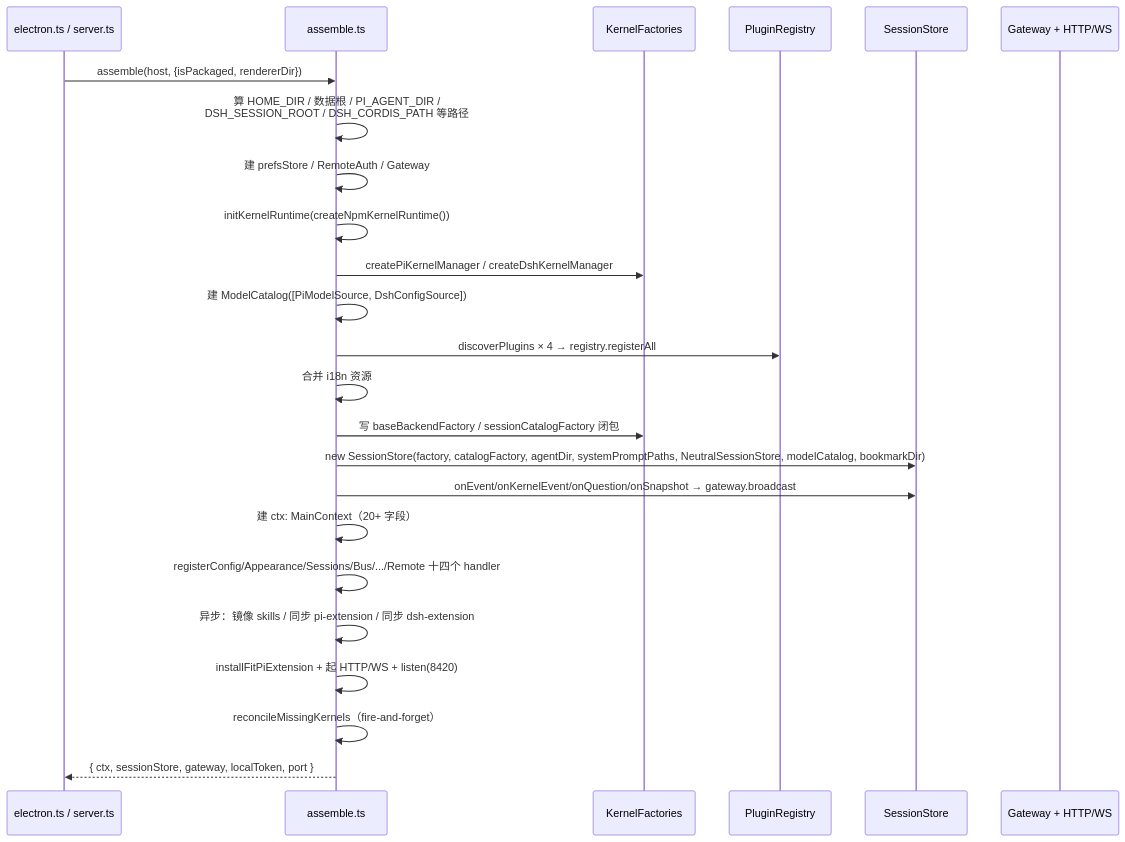
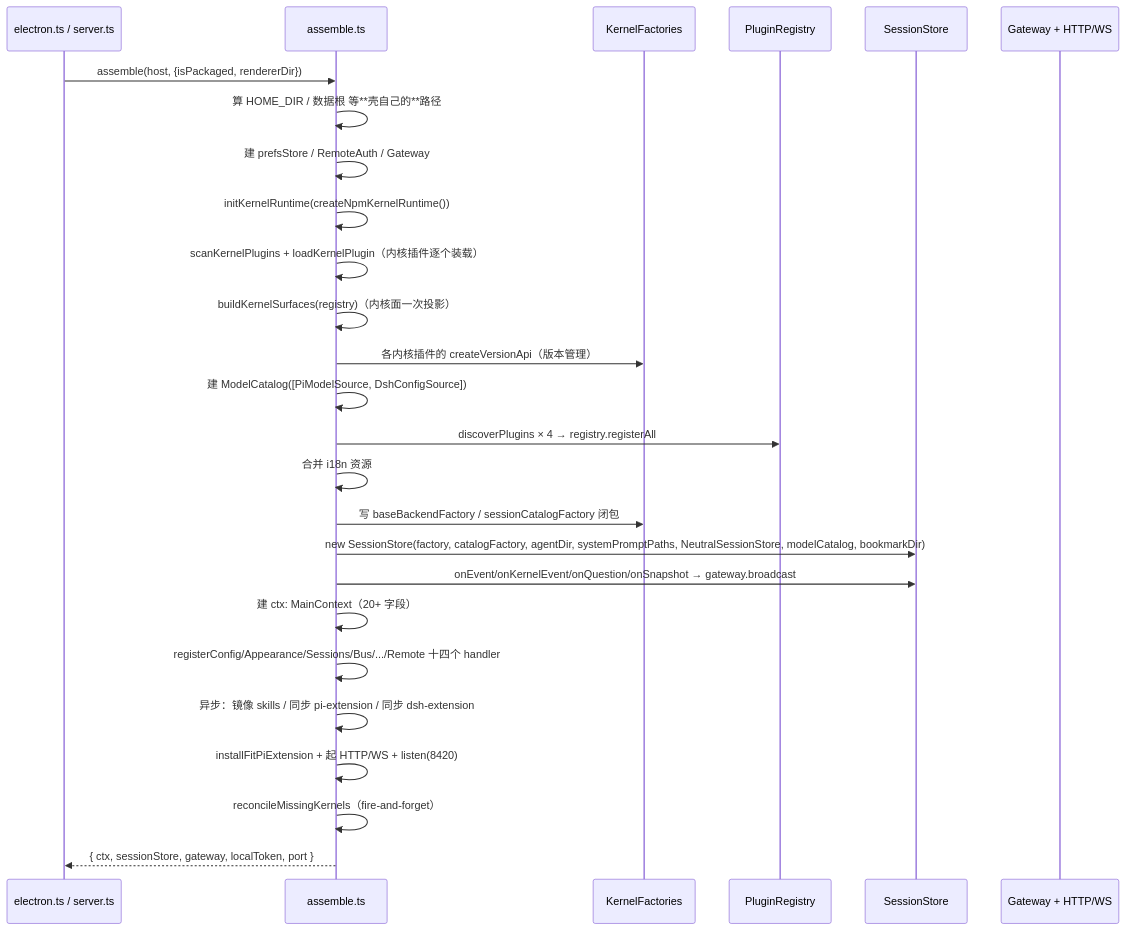
Before and after one commit to GOODDAYDAY/my-harness-desktop: the second of 5 diagrams in docs/desktop-understanding.md, drawn with Mermaid. The commit also changed other lines of this file and 7 other files, not shown here.

````diff
--- a/docs/desktop-understanding.md
+++ b/docs/desktop-understanding.md
@@ -78,27 +78,29 @@
 ```mermaid
 sequenceDiagram
     participant E as electron.ts / server.ts
     participant A as assemble.ts
     participant F as KernelFactories
     participant R as PluginRegistry
     participant S as SessionStore
     participant G as Gateway + HTTP/WS
 
     E->>A: assemble(host, {isPackaged, rendererDir})
-    A->>A: 算 HOME_DIR / 数据根 / PI_AGENT_DIR /<br/>DSH_SESSION_ROOT / DSH_CORDIS_PATH 等路径
+    A->>A: 算 HOME_DIR / 数据根 等**壳自己的**路径
     A->>A: 建 prefsStore / RemoteAuth / Gateway
     A->>A: initKernelRuntime(createNpmKernelRuntime())
-    A->>F: createPiKernelManager / createDshKernelManager
+    A->>A: scanKernelPlugins + loadKernelPlugin（内核插件逐个装载）
+    A->>A: buildKernelSurfaces(registry)（内核面一次投影）
+    A->>F: 各内核插件的 createVersionApi（版本管理）
     A->>A: 建 ModelCatalog([PiModelSource, DshConfigSource])
     A->>R: discoverPlugins × 4 → registry.registerAll
     A->>A: 合并 i18n 资源
     A->>F: 写 baseBackendFactory / sessionCatalogFactory 闭包
     A->>S: new SessionStore(factory, catalogFactory, agentDir, systemPromptPaths, NeutralSessionStore, modelCatalog, bookmarkDir)
     A->>S: onEvent/onKernelEvent/onQuestion/onSnapshot → gateway.broadcast
     A->>A: 建 ctx: MainContext（20+ 字段）
     A->>A: registerConfig/Appearance/Sessions/Bus/.../Remote 十四个 handler
     A->>A: 异步：镜像 skills / 同步 pi-extension / 同步 dsh-extension
     A->>A: installFitPiExtension + 起 HTTP/WS + listen(8420)
     A->>A: reconcileMissingKernels（fire-and-forget）
     A-->>E: { ctx, sessionStore, gateway, localToken, port }
 ```
````
